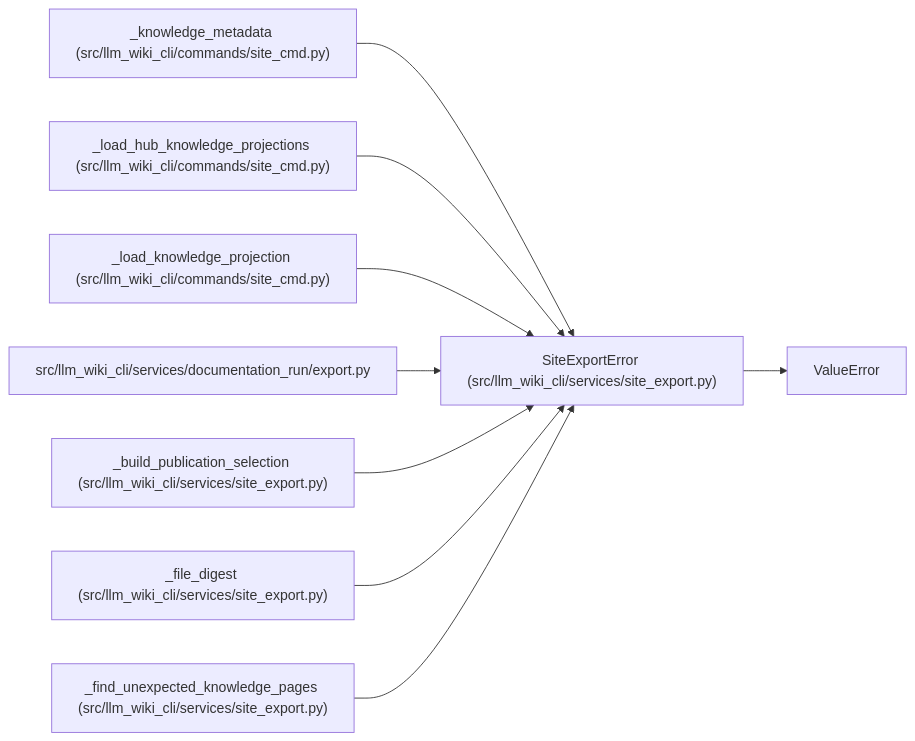
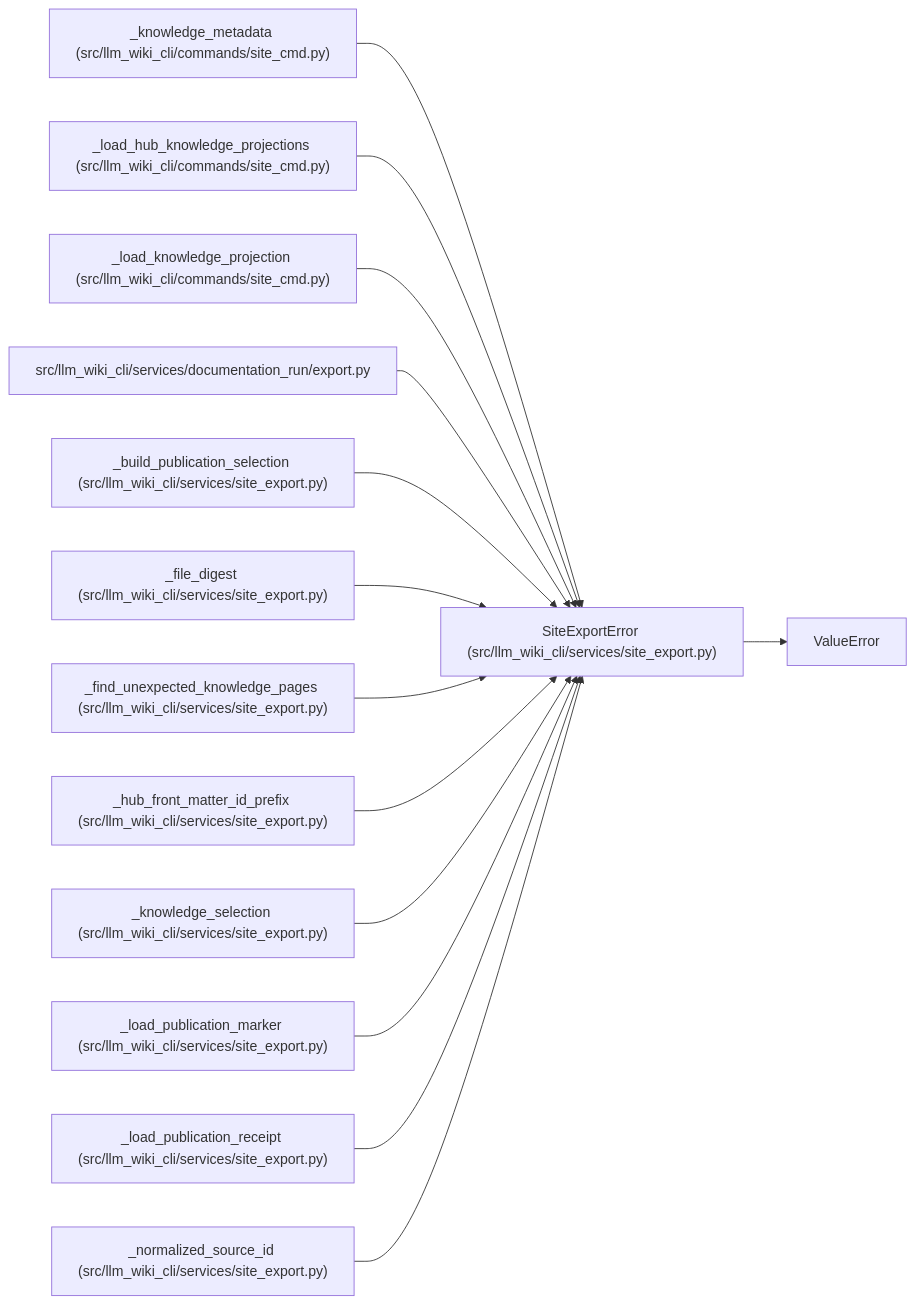
One commit to Denissvgn/python-wiki-llm changed the diagram in docs/llm_wiki/entities/SiteExportError.md. Above: the diagram before and after it, drawn with Mermaid. The commit also changed other lines of this file and 493 other files, not shown here.

````diff
--- a/docs/llm_wiki/entities/SiteExportError.md
+++ b/docs/llm_wiki/entities/SiteExportError.md
@@ -23,28 +23,43 @@
 ```mermaid
 flowchart LR
     n0["SiteExportError (src/llm_wiki_cli/services/site_export.py)"]
     n1["ValueError"]
     n2["_knowledge_metadata (src/llm_wiki_cli/commands/site_cmd.py)"]
     n3["_load_hub_knowledge_projections (src/llm_wiki_cli/commands/site_cmd.py)"]
     n4["_load_knowledge_projection (src/llm_wiki_cli/commands/site_cmd.py)"]
     n5["src/llm_wiki_cli/services/documentation_run/export.py"]
     n6["_build_publication_selection (src/llm_wiki_cli/services/site_export.py)"]
     n7["_file_digest (src/llm_wiki_cli/services/site_export.py)"]
     n8["_find_unexpected_knowledge_pages (src/llm_wiki_cli/services/site_export.py)"]
+    n9["_hub_front_matter_id_prefix (src/llm_wiki_cli/services/site_export.py)"]
+    n10["_knowledge_selection (src/llm_wiki_cli/services/site_export.py)"]
+    n11["_load_publication_marker (src/llm_wiki_cli/services/site_export.py)"]
+    n12["_load_publication_receipt (src/llm_wiki_cli/services/site_export.py)"]
+    n13["_normalized_source_id (src/llm_wiki_cli/services/site_export.py)"]
     n0 --> n1
     n2 --> n0
     n3 --> n0
     n4 --> n0
     n5 --> n0
     n6 --> n0
     n7 --> n0
     n8 --> n0
+    n9 --> n0
+    n10 --> n0
+    n11 --> n0
+    n12 --> n0
+    n13 --> n0
     click n0 "../modules/site_export.md"
     click n2 "../modules/site_cmd.md"
     click n3 "../modules/site_cmd.md"
     click n4 "../modules/site_cmd.md"
     click n5 "../modules/export.md"
     click n6 "../modules/site_export.md"
     click n7 "../modules/site_export.md"
     click n8 "../modules/site_export.md"
+    click n9 "../modules/site_export.md"
+    click n10 "../modules/site_export.md"
+    click n11 "../modules/site_export.md"
+    click n12 "../modules/site_export.md"
+    click n13 "../modules/site_export.md"
 ```
````
